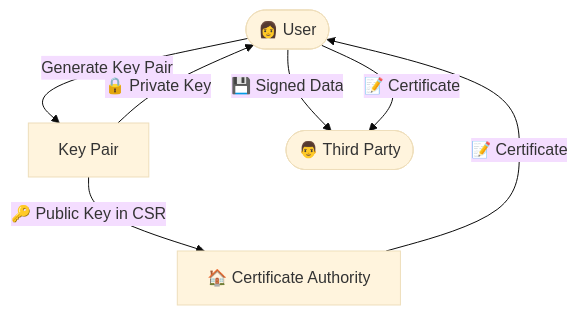
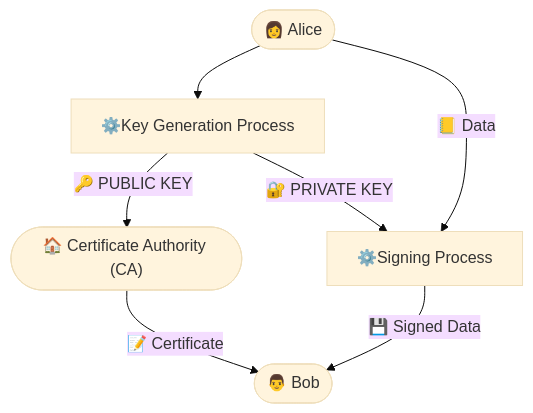
The third of 5 diagrams in _posts/2023/2023-08-13-a-prime-on-public-key-infrastructure.md (cesarsotovalero/cesarsotovalero.github.io), drawn with Mermaid before and after one commit. The commit also changed other lines of this file, not shown here.

```diff
--- a/_posts/2023/2023-08-13-a-prime-on-public-key-infrastructure.md
+++ b/_posts/2023/2023-08-13-a-prime-on-public-key-infrastructure.md
@@ -360,10 +371,10 @@
 {% mermaid %}
 %%{init: {'theme':'base'}}%%
 flowchart TB;
-a(["👩 User"]) --> |Generate Key Pair| b["Key Pair"]
-b --> |"🔑 Public Key in CSR"| x["🏠 Certificate Authority"]
-b --> |"🔒 Private Key"| a
-x --> |"📝 Certificate"| a
-a --> |"💾 Signed Data"| c(["👨 Third Party"])
-a --> |"📝 Certificate"| c
+a(["👩 Alice"]) --> b["⚙️Key Generation Process"]
+b --> |"🔑 PUBLIC KEY"| x(["🏠 Certificate Authority (CA)"])
+b --> |"🔐 PRIVATE KEY"| s["⚙️Signing Process"]
+a --> |"📒 Data"| s
+s --> |"💾 Signed Data"| c(["👨 Bob"])
+x --> |"📝 Certificate"| c
 {% endmermaid %}
```
